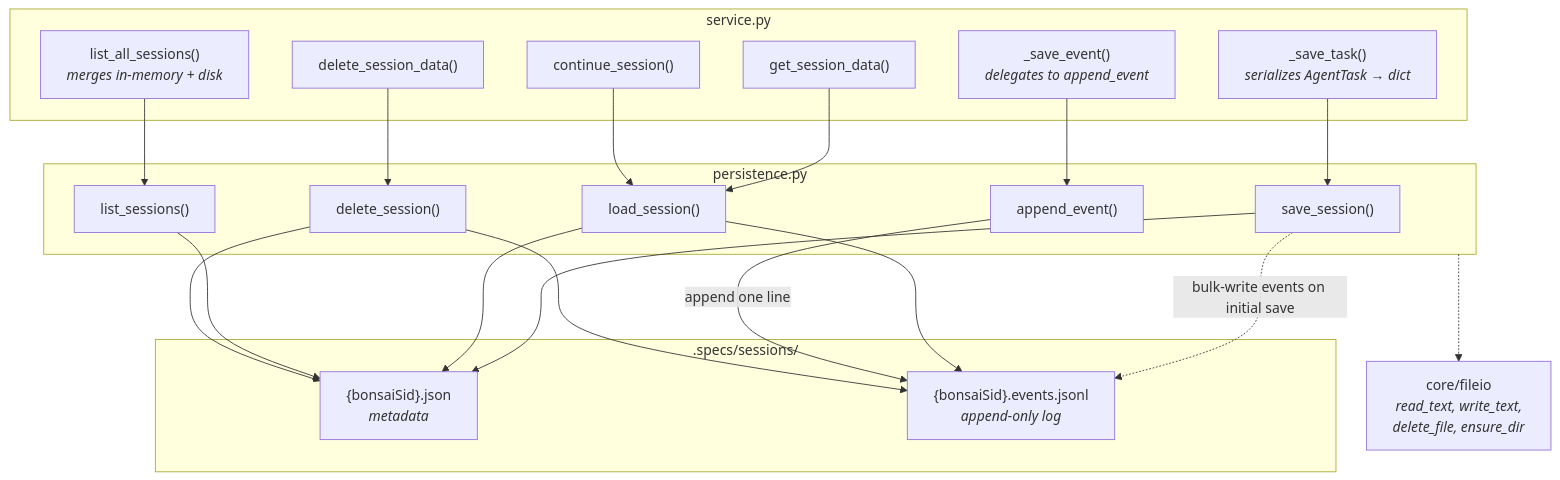
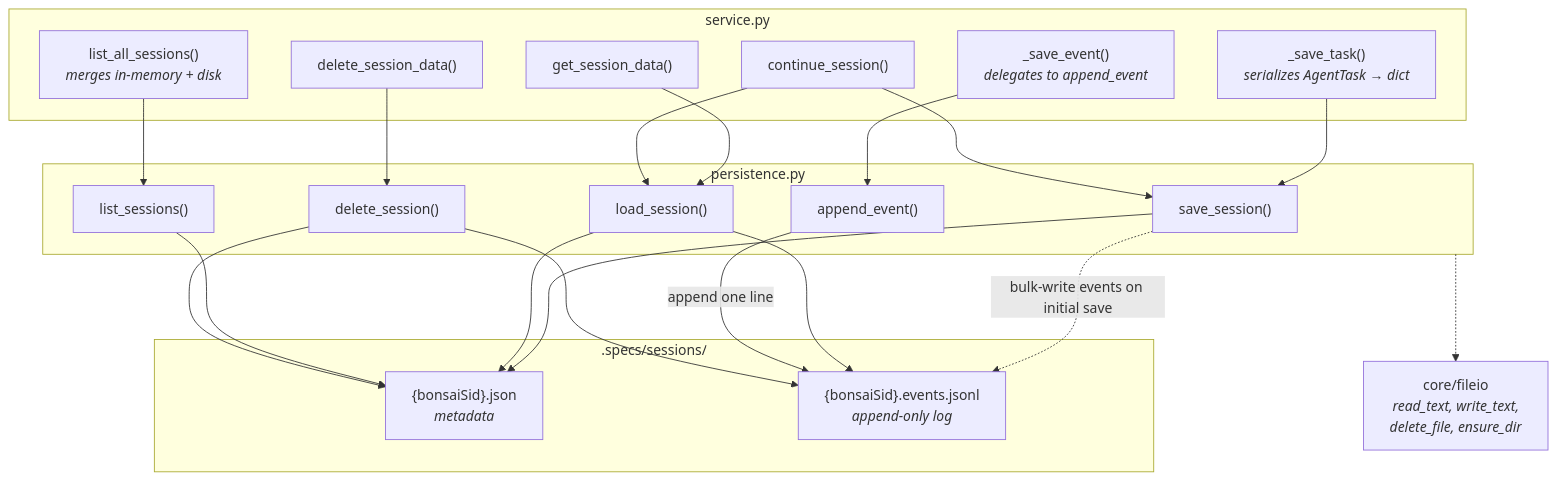
One commit to JetBrains/thinkrail changed the diagram in backend/app/agent/PERSISTENCE.md. Above: the diagram before and after it, drawn with Mermaid. The commit also changed 6 other files, not shown here.

````diff
--- a/backend/app/agent/PERSISTENCE.md
+++ b/backend/app/agent/PERSISTENCE.md
@@ -13,42 +13,43 @@
 ```mermaid
 graph TD
     subgraph Service["service.py"]
         SaveTask["_save_task()<br/><i>serializes AgentTask → dict</i>"]
         SaveEvent["_save_event()<br/><i>delegates to append_event</i>"]
         ListAll["list_all_sessions()<br/><i>merges in-memory + disk</i>"]
         GetData["get_session_data()"]
         DelData["delete_session_data()"]
         Continue["continue_session()"]
     end
 
     subgraph Persistence["persistence.py"]
         Save["save_session()"]
         Load["load_session()"]
         ListDisk["list_sessions()"]
         Append["append_event()"]
         Delete["delete_session()"]
     end
 
     subgraph Disk[".specs/sessions/"]
         Meta["{bonsaiSid}.json<br/><i>metadata</i>"]
         Events["{bonsaiSid}.events.jsonl<br/><i>append-only log</i>"]
     end
 
     SaveTask --> Save
     SaveEvent --> Append
     ListAll --> ListDisk
     GetData --> Load
     DelData --> Delete
     Continue --> Load
+    Continue --> Save
 
     Save --> Meta
     Save -.->|bulk-write events on initial save| Events
     Load --> Meta
     Load --> Events
     ListDisk --> Meta
     Append -->|append one line| Events
     Delete --> Meta
     Delete --> Events
 
     Persistence -.-> FileIO["core/fileio<br/><i>read_text, write_text,<br/>delete_file, ensure_dir</i>"]
 ```
````
